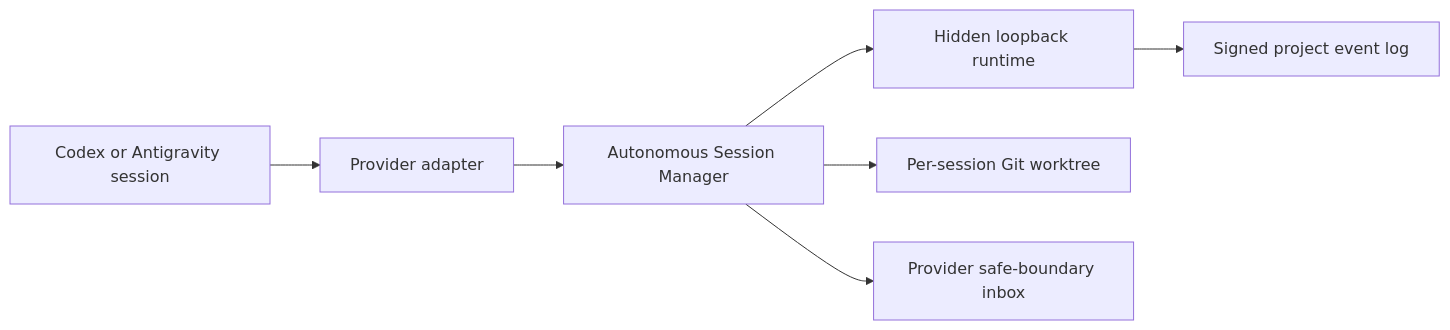
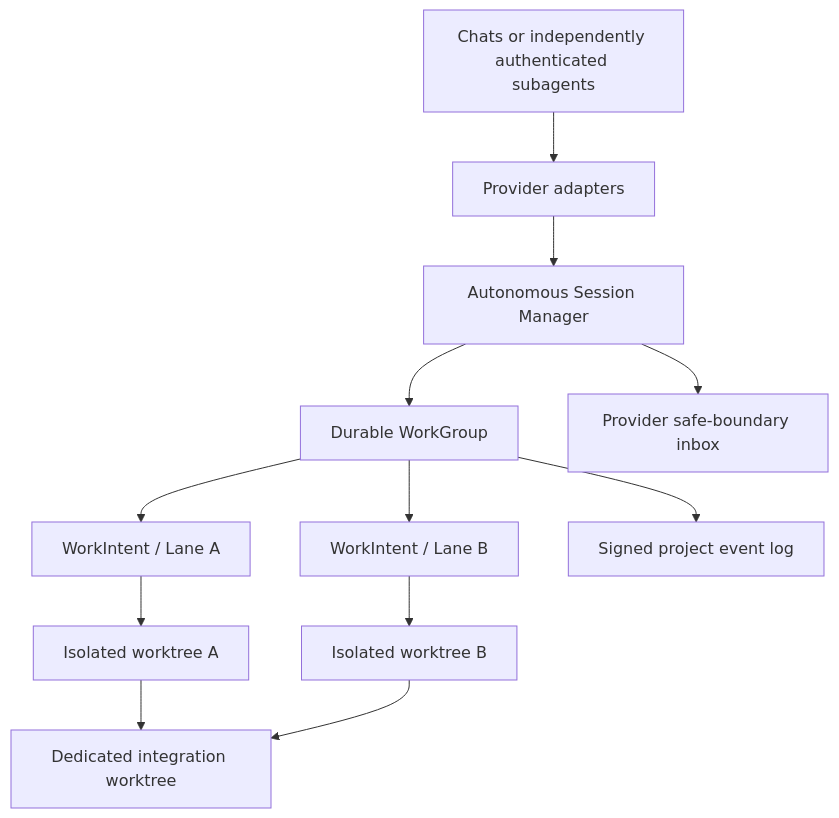
Before and after one commit to Liparakis/Synesis: the diagram in docs/architecture/zero-touch-agent-collaboration.md, drawn with Mermaid. The commit also changed other lines of this file, not shown here.

````diff
--- a/docs/architecture/zero-touch-agent-collaboration.md
+++ b/docs/architecture/zero-touch-agent-collaboration.md
@@ -76,9 +76,14 @@
 ```mermaid
-flowchart LR
-  C[Codex or Antigravity session] --> A[Provider adapter]
+flowchart TD
+  C[Chats or independently authenticated subagents] --> A[Provider adapters]
   A --> S[Autonomous Session Manager]
-  S --> R[Hidden loopback runtime]
-  R --> E[Signed project event log]
-  S --> W[Per-session Git worktree]
+  S --> G[Durable WorkGroup]
+  G --> L1[WorkIntent / Lane A]
+  G --> L2[WorkIntent / Lane B]
+  L1 --> W1[Isolated worktree A]
+  L2 --> W2[Isolated worktree B]
+  G --> E[Signed project event log]
+  W1 --> I[Dedicated integration worktree]
+  W2 --> I
   S --> H[Provider safe-boundary inbox]
 ```
````
